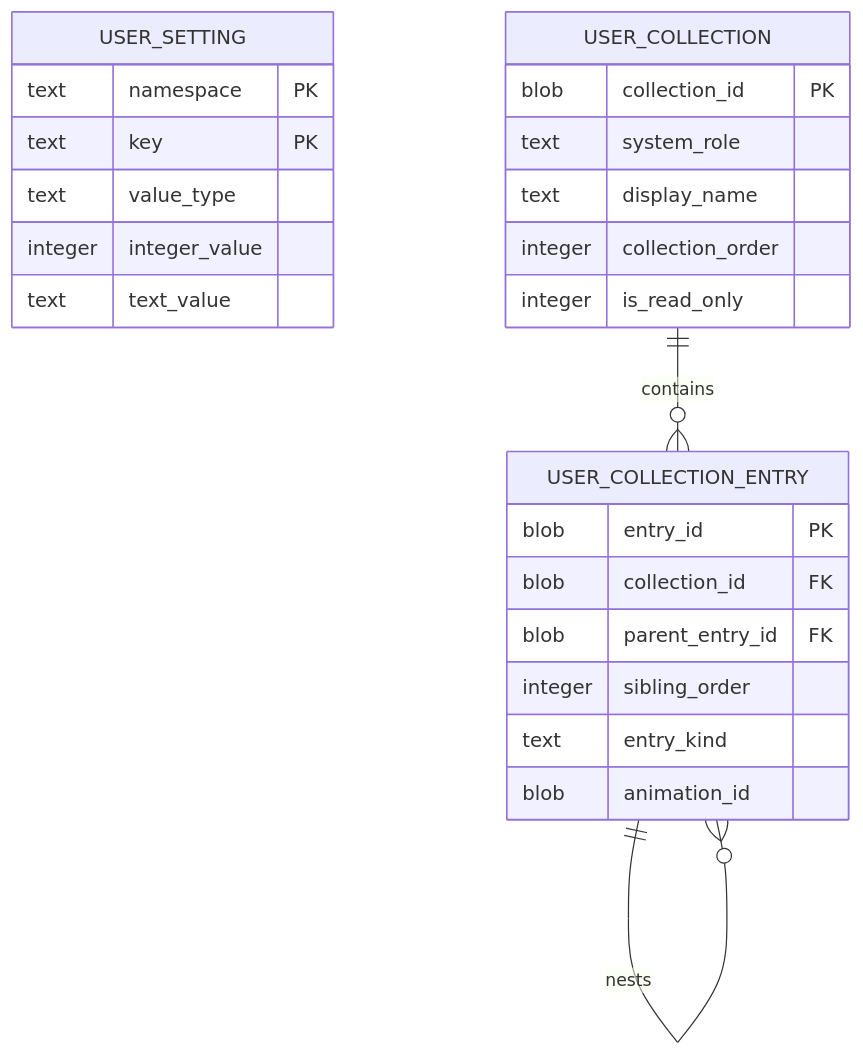
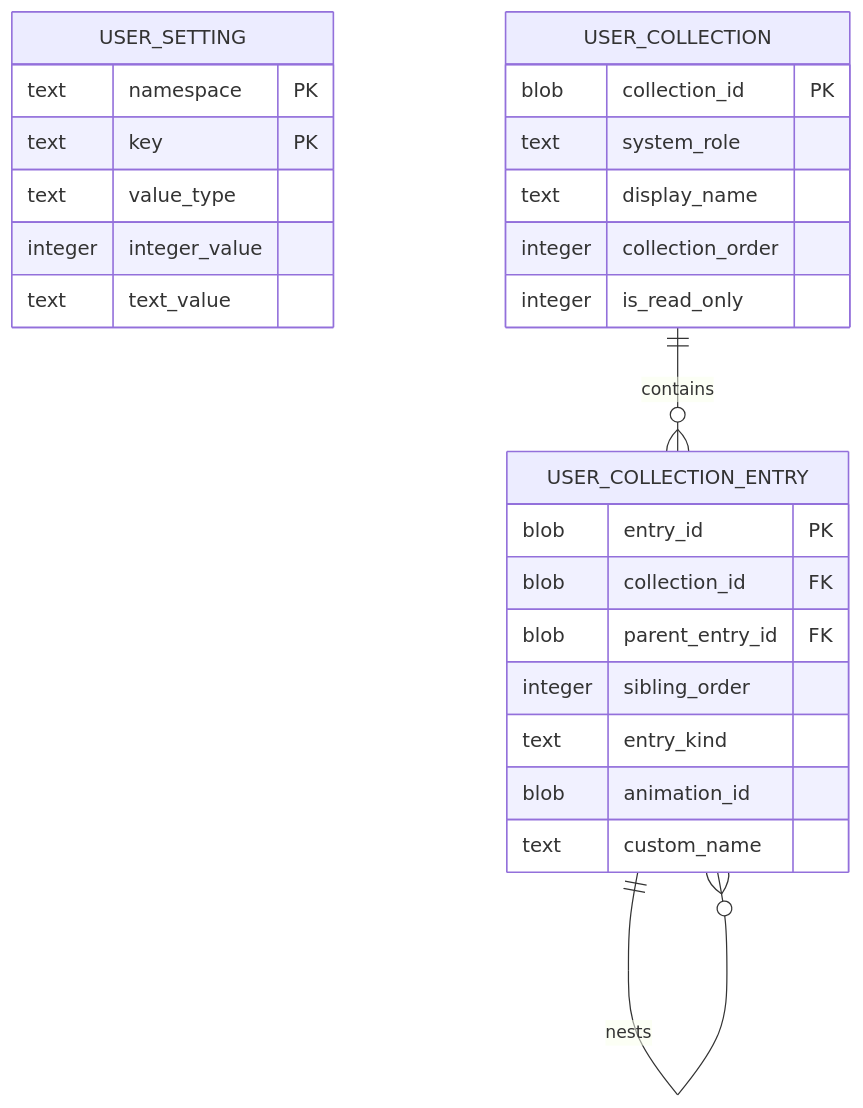
One commit to derekshoneycutt/Euclid changed the fourth of 5 diagrams in docs/wiki/Guides/Sqlite3.md. Above: the diagram before and after it, drawn with Mermaid. The commit also changed other lines of this file and 47 other files, not shown here.

````diff
--- a/docs/wiki/Guides/Sqlite3.md
+++ b/docs/wiki/Guides/Sqlite3.md
@@ -218,27 +219,28 @@
 ```mermaid
 erDiagram
     USER_SETTING {
         text namespace PK
         text key PK
         text value_type
         integer integer_value
         text text_value
     }
     USER_COLLECTION {
         blob collection_id PK
         text system_role
         text display_name
         integer collection_order
         integer is_read_only
     }
     USER_COLLECTION_ENTRY {
         blob entry_id PK
         blob collection_id FK
         blob parent_entry_id FK
         integer sibling_order
         text entry_kind
         blob animation_id
+        text custom_name
     }
     USER_COLLECTION ||--o{ USER_COLLECTION_ENTRY : contains
     USER_COLLECTION_ENTRY ||--o{ USER_COLLECTION_ENTRY : nests
 ```
````
